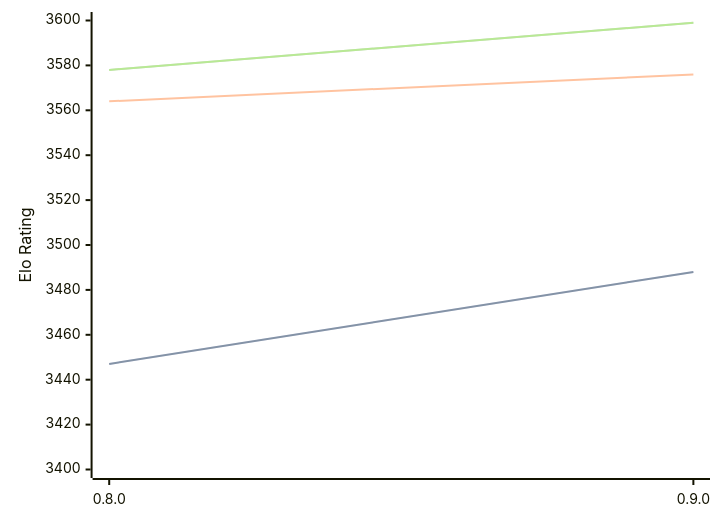
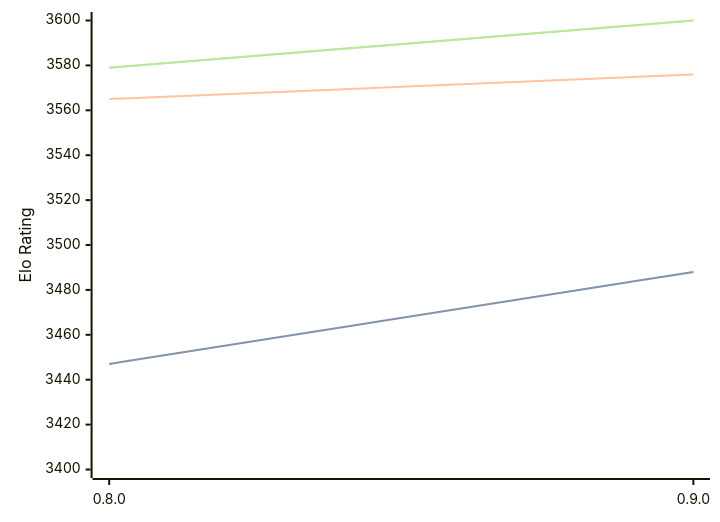
The diagram in engines/Reckless.md (computer-chess-index/cci), drawn with Mermaid before and after one commit. The commit also changed other lines of this file, not shown here.

Commit message:
Update CCI Ratings (ELO VLTC) - 2026-09-09

````diff
--- a/engines/Reckless.md
+++ b/engines/Reckless.md
@@ -32,11 +32,11 @@
 ```mermaid
 %%{init: {"theme":"base","themeVariables":{"seriesColors:['#a3a3a3','#222221','#faa371']}}}%%
 xychart-beta
   x-axis ["0.8.0", "0.9.0"]
   y-axis "Elo Rating" 3400 --> 3600
   line "" [3447, 3488]
   line "STC (8.0+0.08s)" [3447, 3488]
-  line "LTC (60.0+0.60s)" [3564, 3576]
-  line "" [3578, 3599]
-  line "VLTC (2m24s+1.12s)" [3578, 3599]
+  line "LTC (60.0+0.60s)" [3565, 3576]
+  line "" [3579, 3600]
+  line "VLTC (2m24s+1.12s)" [3579, 3600]
 ```
````
